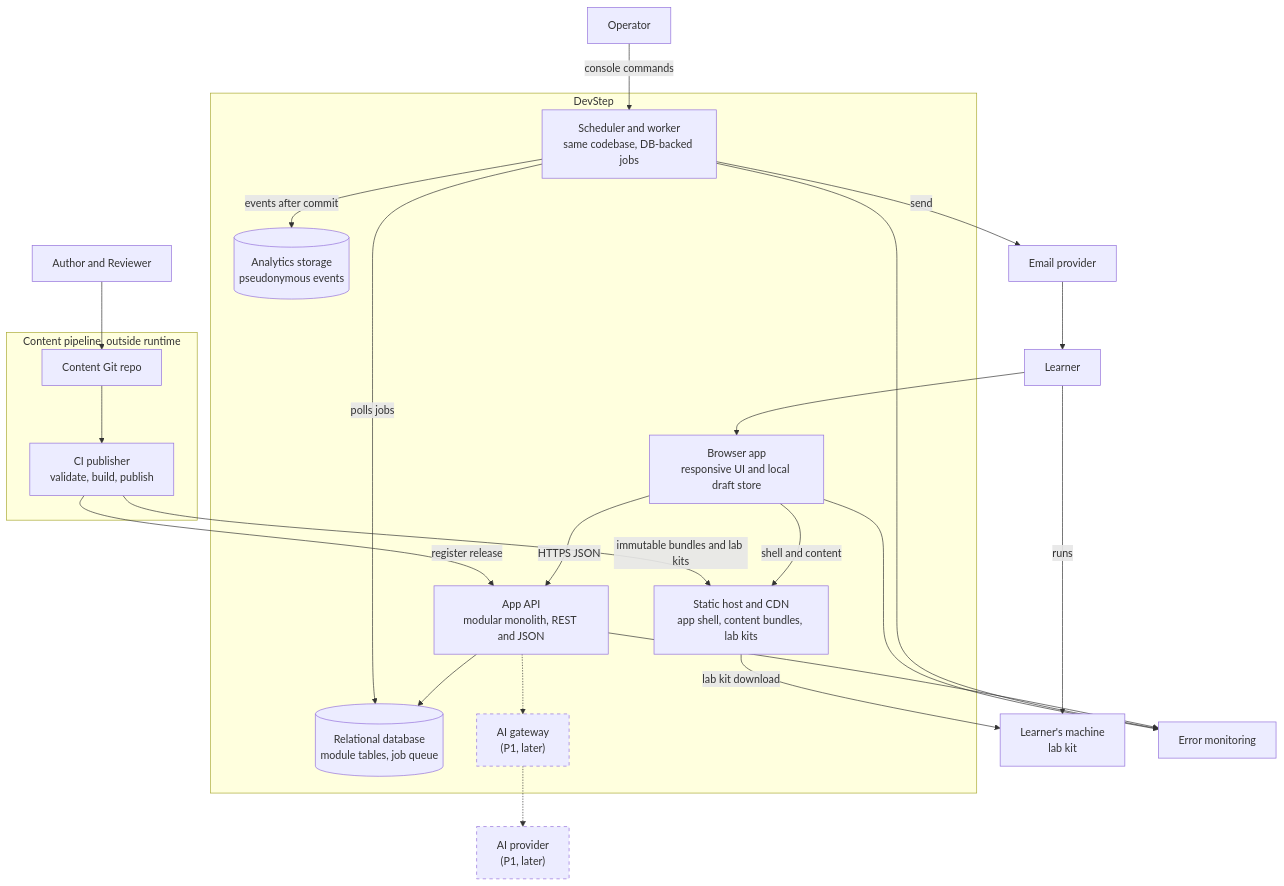
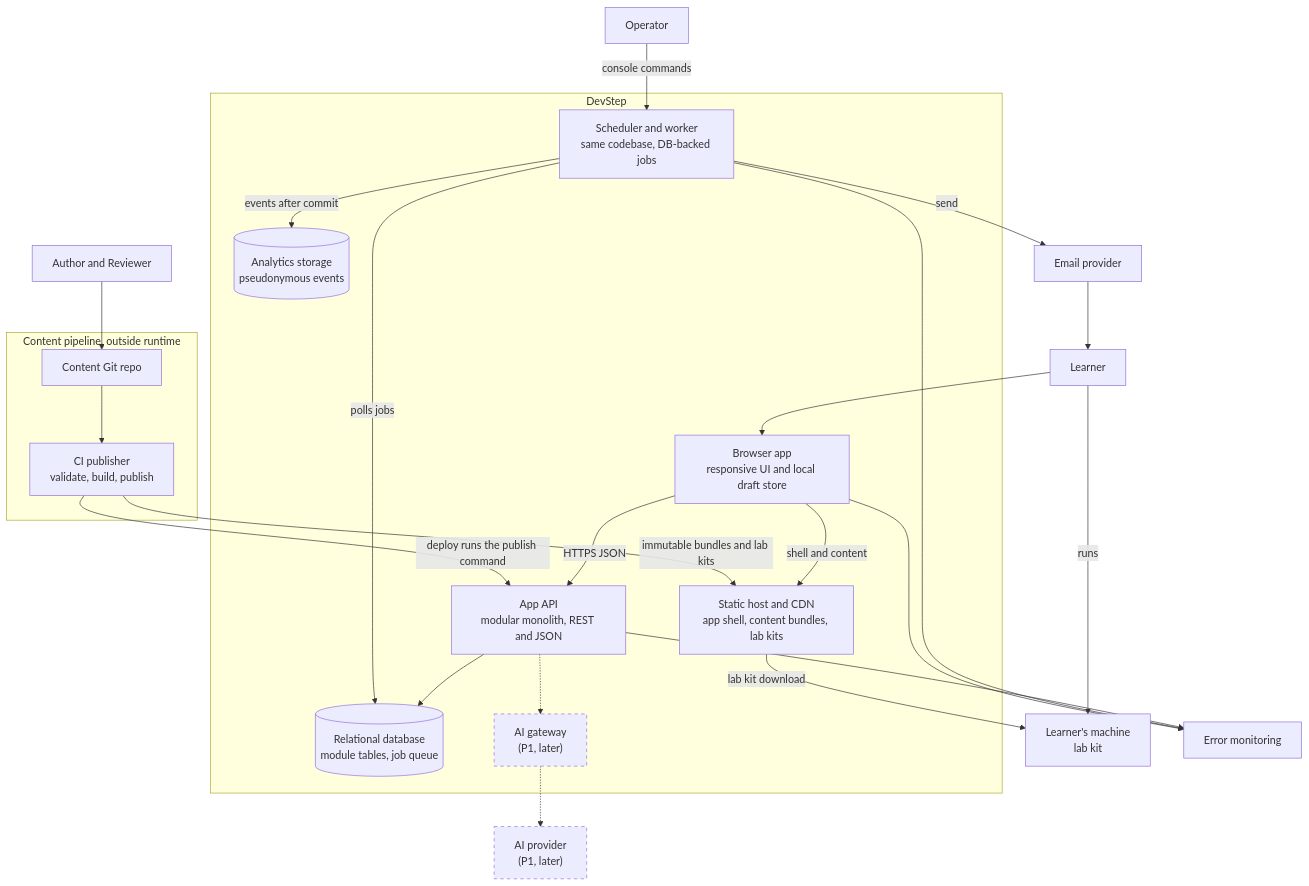
Before and after one commit to GhanshyamSoni68/app_idea: the second of 4 diagrams in devstep/docs/02-system-architecture.md, drawn with Mermaid. The commit also changed other lines of this file and 8 other files, not shown here.

````diff
--- a/devstep/docs/02-system-architecture.md
+++ b/devstep/docs/02-system-architecture.md
@@ -72,45 +74,45 @@
 ```mermaid
 flowchart TB
   learner["Learner"]
   author["Author and Reviewer"]
   operator["Operator"]
   subgraph system["DevStep"]
     browser["Browser app<br/>responsive UI and local draft store"]
     cdn["Static host and CDN<br/>app shell, content bundles, lab kits"]
     api["App API<br/>modular monolith, REST and JSON"]
     worker["Scheduler and worker<br/>same codebase, DB-backed jobs"]
     db[("Relational database<br/>module tables, job queue")]
     astore[("Analytics storage<br/>pseudonymous events")]
     aigw["AI gateway<br/>(P1, later)"]
   end
   subgraph pipeline["Content pipeline, outside runtime"]
     repo["Content Git repo"]
     ci["CI publisher<br/>validate, build, publish"]
   end
   machine["Learner's machine<br/>lab kit"]
   email["Email provider"]
   errmon["Error monitoring"]
   aiprov["AI provider<br/>(P1, later)"]
   learner --> browser
   browser -->|shell and content| cdn
   browser -->|HTTPS JSON| api
   api --> db
   worker -->|polls jobs| db
   worker -->|events after commit| astore
   worker -->|send| email
   email --> learner
   author --> repo
   repo --> ci
   ci -->|immutable bundles and lab kits| cdn
-  ci -->|register release| api
+  ci -->|deploy runs the publish command| api
   cdn -->|lab kit download| machine
   learner -->|runs| machine
   api --> errmon
   worker --> errmon
   browser --> errmon
   operator -->|console commands| worker
   api -.-> aigw
   aigw -.-> aiprov
   classDef later stroke-dasharray: 5 5
   class aigw,aiprov later
 ```
````
